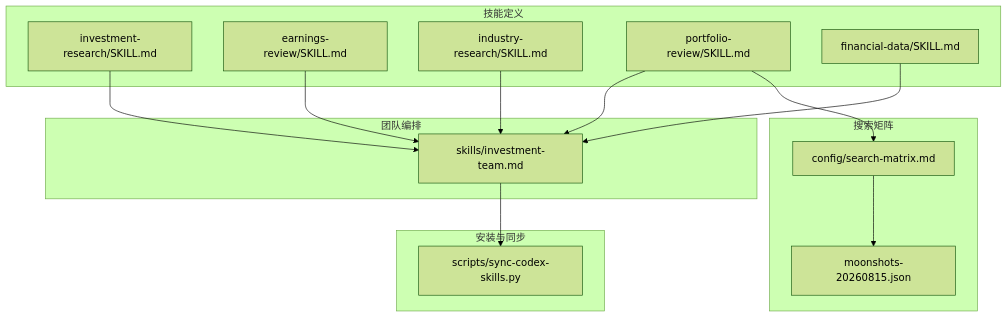
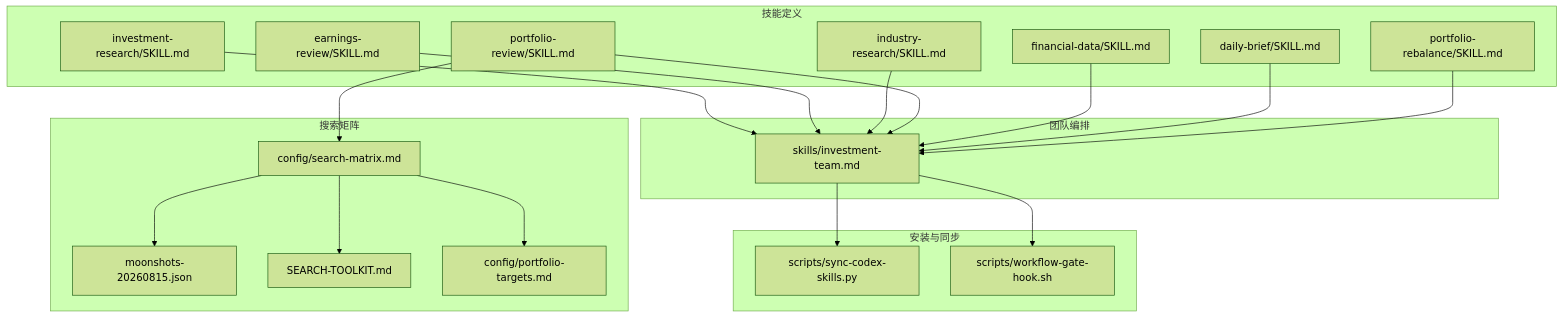
One commit to Ted-Engineer/ai-berkshire changed the first of 4 diagrams in .qoder/repowiki/zh/content/AI技能系统/核心投资研究技能/核心投资研究技能.md. Above: the diagram before and after it, drawn with Mermaid (forest theme). The commit also changed other lines of this file and 87 other files, not shown here.

````diff
--- a/.qoder/repowiki/zh/content/AI技能系统/核心投资研究技能/核心投资研究技能.md
+++ b/.qoder/repowiki/zh/content/AI技能系统/核心投资研究技能/核心投资研究技能.md
@@ -42,28 +49,38 @@
 ```mermaid
 graph TB
 subgraph "技能定义"
 IR["investment-research/SKILL.md"]
 ER["earnings-review/SKILL.md"]
 IRR["industry-research/SKILL.md"]
 PR["portfolio-review/SKILL.md"]
 FD["financial-data/SKILL.md"]
+DB["daily-brief/SKILL.md"]
+PB["portfolio-rebalance/SKILL.md"]
 end
 subgraph "团队编排"
 IT["skills/investment-team.md"]
 end
 subgraph "安装与同步"
 SYNC["scripts/sync-codex-skills.py"]
+WG["scripts/workflow-gate-hook.sh"]
 end
 subgraph "搜索矩阵"
 SM["config/search-matrix.md"]
 MS["moonshots-20260815.json"]
+ST["SEARCH-TOOLKIT.md"]
+PT["config/portfolio-targets.md"]
 end
 IR --> IT
 ER --> IT
 IRR --> IT
 PR --> IT
 FD --> IT
+DB --> IT
+PB --> IT
 IT --> SYNC
+IT --> WG
 PR --> SM
 SM --> MS
+SM --> ST
+SM --> PT
 ```
````
